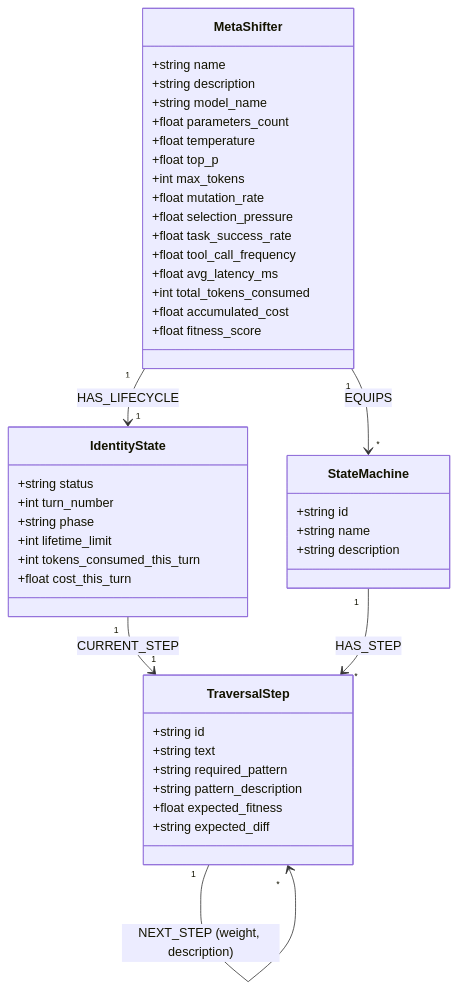
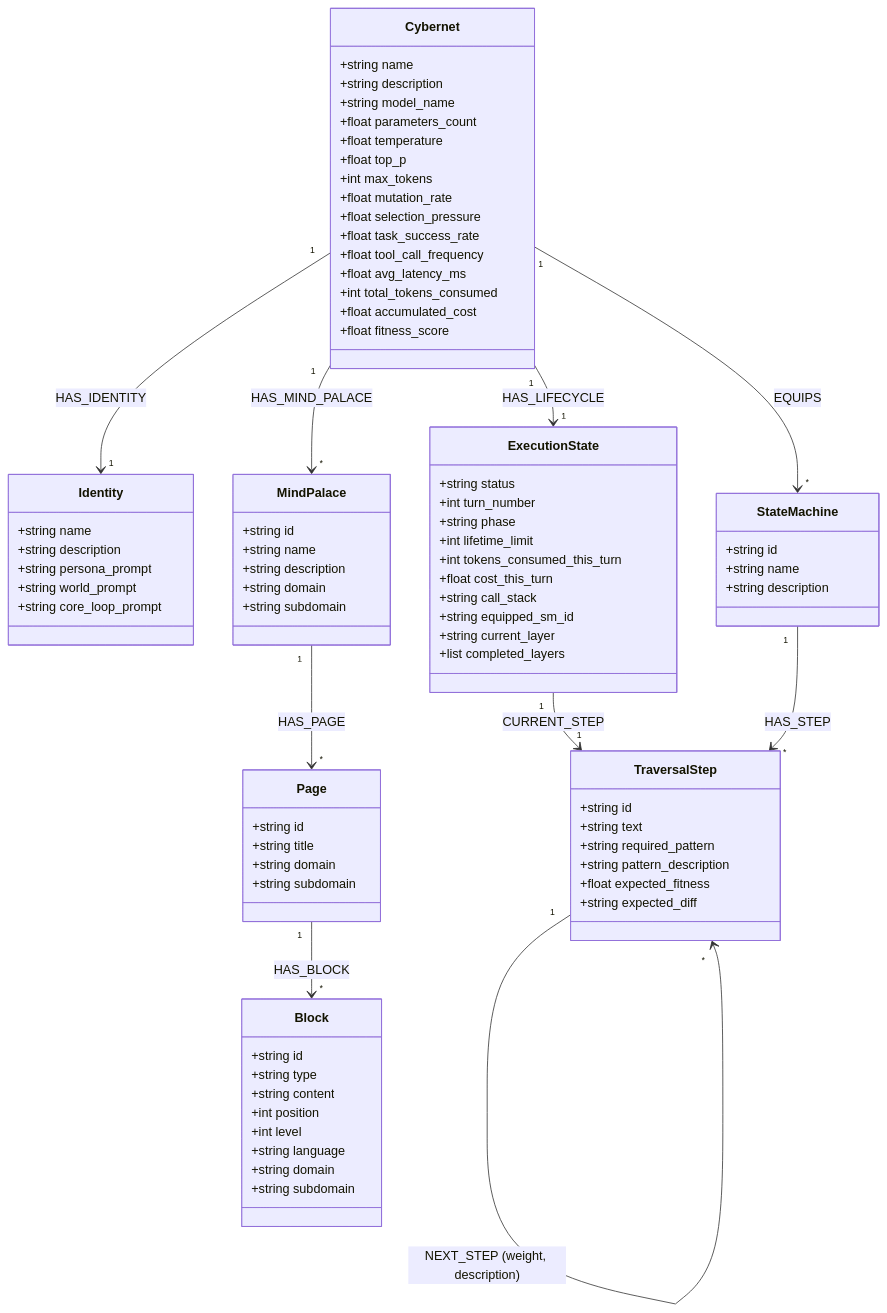
Before and after one commit to sancovp/cyberneticircus: the diagram in cyberneticircus/DESIGN.md, drawn with Mermaid. The commit also changed other lines of this file and 28 other files, not shown here.

````diff
--- a/cyberneticircus/DESIGN.md
+++ b/cyberneticircus/DESIGN.md
@@ -14,6 +14,6 @@
 ```mermaid
 classDiagram
-    class MetaShifter {
+    class Cybernet {
         +string name
         +string description
         +string model_name
@@ -30,18 +30,29 @@
         +float accumulated_cost
         +float fitness_score
     }
+    class Identity {
+        +string name
+        +string description
+        +string persona_prompt
+        +string world_prompt
+        +string core_loop_prompt
+    }
     class StateMachine {
         +string id
         +string name
         +string description
     }
-    class IdentityState {
+    class ExecutionState {
         +string status
         +int turn_number
         +string phase
         +int lifetime_limit
         +int tokens_consumed_this_turn
         +float cost_this_turn
+        +string call_stack
+        +string equipped_sm_id
+        +string current_layer
+        +list completed_layers
     }
     class TraversalStep {
         +string id
@@ -51,10 +62,37 @@
         +float expected_fitness
         +string expected_diff
     }
+    class MindPalace {
+        +string id
+        +string name
+        +string description
+        +string domain
+        +string subdomain
+    }
+    class Page {
+        +string id
+        +string title
+        +string domain
+        +string subdomain
+    }
+    class Block {
+        +string id
+        +string type
+        +string content
+        +int position
+        +int level
+        +string language
+        +string domain
+        +string subdomain
+    }
 
-    MetaShifter "1" --> "*" StateMachine : EQUIPS
-    MetaShifter "1" --> "1" IdentityState : HAS_LIFECYCLE
-    IdentityState "1" --> "1" TraversalStep : CURRENT_STEP
+    Cybernet "1" --> "*" StateMachine : EQUIPS
+    Cybernet "1" --> "1" ExecutionState : HAS_LIFECYCLE
+    Cybernet "1" --> "1" Identity : HAS_IDENTITY
+    Cybernet "1" --> "*" MindPalace : HAS_MIND_PALACE
+    ExecutionState "1" --> "1" TraversalStep : CURRENT_STEP
     StateMachine "1" --> "*" TraversalStep : HAS_STEP
     TraversalStep "1" --> "*" TraversalStep : NEXT_STEP (weight, description)
+    MindPalace "1" --> "*" Page : HAS_PAGE
+    Page "1" --> "*" Block : HAS_BLOCK
 ```
````
